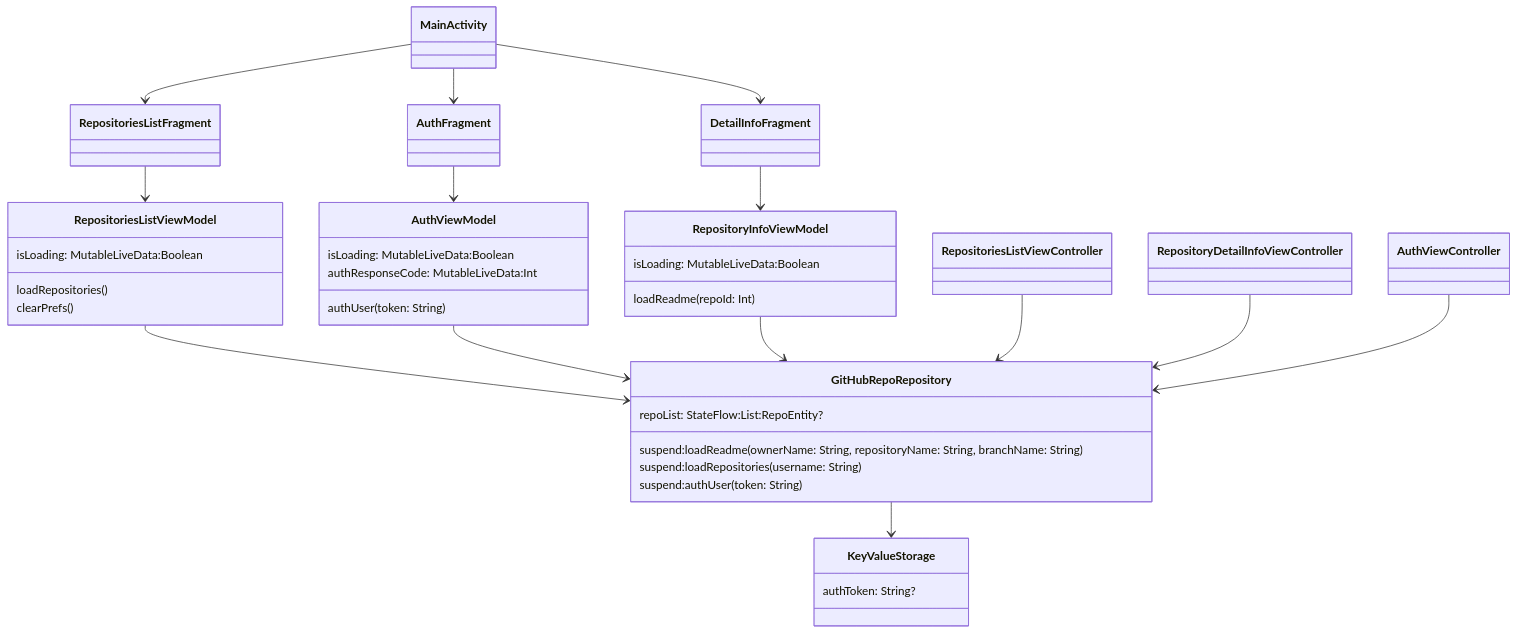
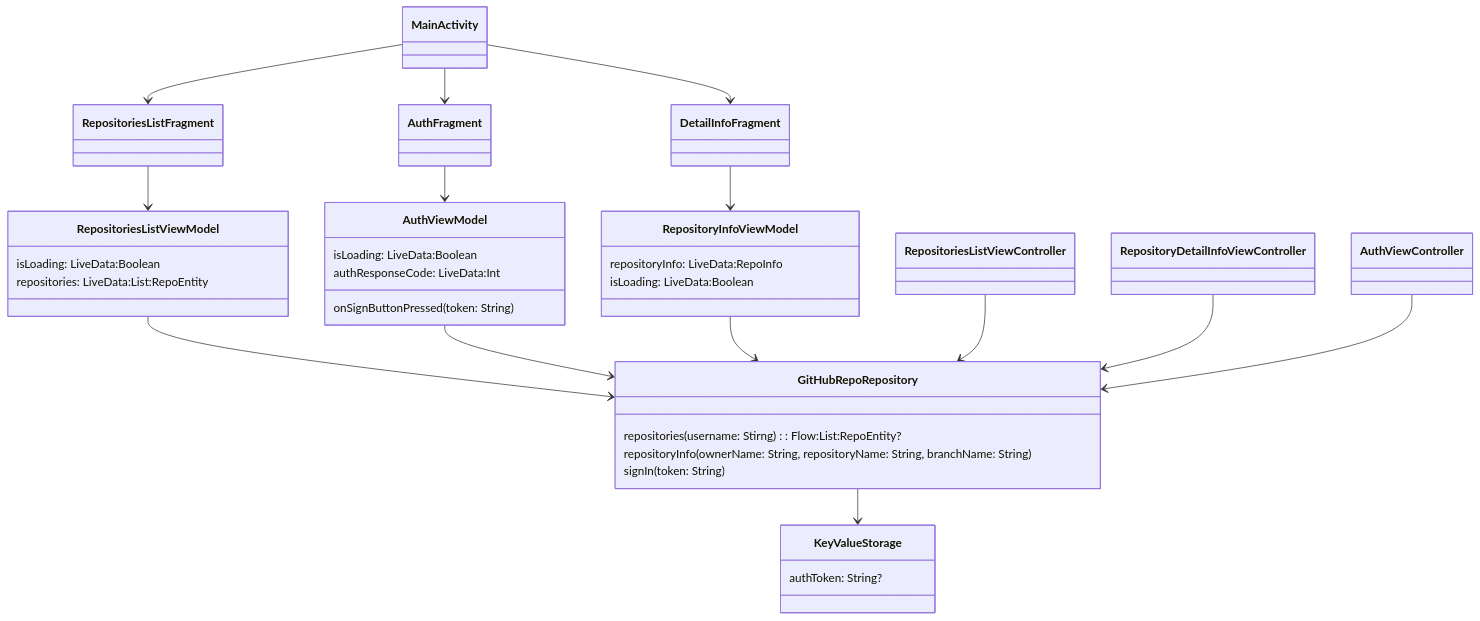
Before and after one commit to icerockdev/kmm.icerock.dev: the diagram in university/3-kotlin-multiplatform-mobile/practice.md, drawn with Mermaid. The commit also changed 2 other files, not shown here.

Commit message:
fix public api

````diff
--- a/university/3-kotlin-multiplatform-mobile/practice.md
+++ b/university/3-kotlin-multiplatform-mobile/practice.md
@@ -31,58 +31,56 @@
 ```mermaid
 classDiagram
 
 class AuthViewModel:::android{
-  isLoading: MutableLiveData:Boolean
-  authResponseCode: MutableLiveData:Int
-  authUser(token: String)
+   isLoading: LiveData:Boolean
+   authResponseCode: LiveData:Int
+   onSignButtonPressed(token: String)
 }
    
 class RepositoryInfoViewModel:::android{
-  loadReadme(repoId: Int)
-  isLoading: MutableLiveData:Boolean
+   repositoryInfo: LiveData:RepoInfo
+   isLoading: LiveData:Boolean
 }
    
 class RepositoriesListViewModel:::android {
-  isLoading: MutableLiveData:Boolean
-  loadRepositories()
-  clearPrefs()
+   isLoading: LiveData:Boolean
+   repositories: LiveData:List:RepoEntity
 }
    
-class GitHubRepoRepository:::common{
-  repoList: StateFlow:List:RepoEntity?
-  suspend:loadReadme(ownerName: String, repositoryName: String, branchName: String)
-  suspend:loadRepositories(username: String)
-  suspend:authUser(token: String)
+class GitHubRepoRepository:::common {
+   repositories(username: Stirng): Flow:List:RepoEntity?
+   repositoryInfo(ownerName: String, repositoryName: String, branchName: String)
+   signIn(token: String)
 }
 
 class KeyValueStorage:::common{
   authToken: String?
 }
 
 class MainActivity:::android
 class RepositoriesListFragment:::android
 class DetailInfoFragment:::android
 class AuthFragment:::android
 
 class RepositoriesListViewController:::ios
 class RepositoryDetailInfoViewController:::ios
 class AuthViewController:::ios
 
 MainActivity --> AuthFragment
 MainActivity --> RepositoriesListFragment
 MainActivity --> DetailInfoFragment
 
 RepositoriesListFragment --> RepositoriesListViewModel
 DetailInfoFragment --> RepositoryInfoViewModel
 AuthFragment --> AuthViewModel
    
 RepositoriesListViewModel --> GitHubRepoRepository
 AuthViewModel --> GitHubRepoRepository
 RepositoryInfoViewModel --> GitHubRepoRepository
        
 RepositoriesListViewController --> GitHubRepoRepository
 RepositoryDetailInfoViewController --> GitHubRepoRepository
 AuthViewController --> GitHubRepoRepository
 
 GitHubRepoRepository --> KeyValueStorage
 ```
````
